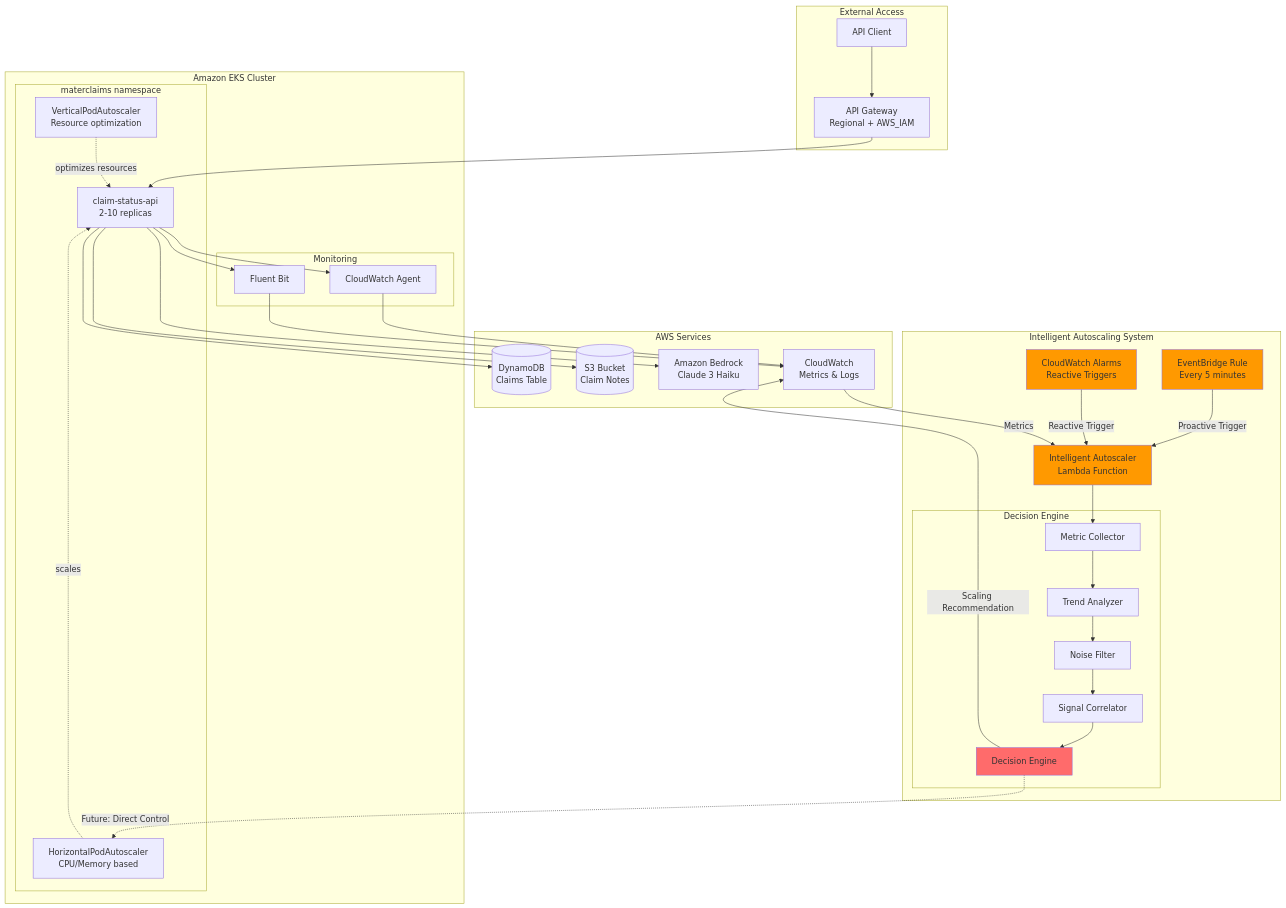
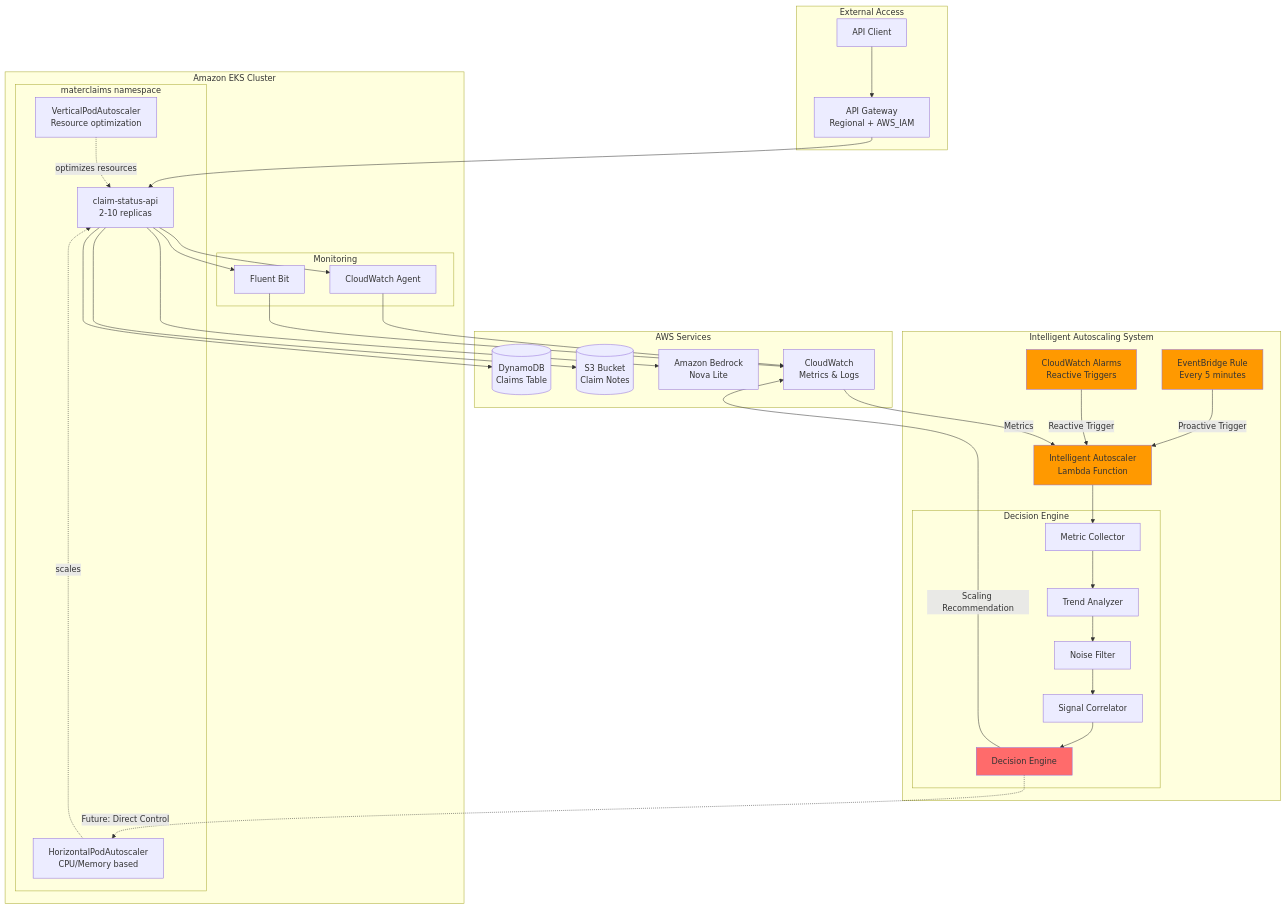
The diagram in docs/architecture/extended.md (matei-tm/introspect2B), drawn with Mermaid before and after one commit. The commit also changed other lines of this file and 7 other files, not shown here.

First line of the commit message:
docs: migrate from Claude 3 Haiku to Amazon Nova Lite as default Bedrock model

````diff
--- a/docs/architecture/extended.md
+++ b/docs/architecture/extended.md
@@ -10,78 +10,78 @@
 ```mermaid
 graph TB
     subgraph "External Access"
         Client[API Client]
         APIGW[API Gateway<br/>Regional + AWS_IAM]
     end
     
     subgraph "Amazon EKS Cluster"
         subgraph "materclaims namespace"
             API[claim-status-api<br/>2-10 replicas]
             HPA[HorizontalPodAutoscaler<br/>CPU/Memory based]
             VPA[VerticalPodAutoscaler<br/>Resource optimization]
         end
         
         subgraph "Monitoring"
             CWAgent[CloudWatch Agent]
             FluentBit[Fluent Bit]
         end
     end
     
     subgraph "Intelligent Autoscaling System"
         Lambda[Intelligent Autoscaler<br/>Lambda Function]
         EventBridge[EventBridge Rule<br/>Every 5 minutes]
         Alarms[CloudWatch Alarms<br/>Reactive Triggers]
         
         subgraph "Decision Engine"
             Collector[Metric Collector]
             TrendAnalyzer[Trend Analyzer]
             NoiseFilter[Noise Filter]
             Correlator[Signal Correlator]
             DecisionMaker[Decision Engine]
         end
     end
     
     subgraph "AWS Services"
         DDB[(DynamoDB<br/>Claims Table)]
         S3[(S3 Bucket<br/>Claim Notes)]
-        Bedrock[Amazon Bedrock<br/>Claude 3 Haiku]
+        Bedrock[Amazon Bedrock<br/>Nova Lite]
         CW[CloudWatch<br/>Metrics & Logs]
     end
     
     %% External flow
     Client --> APIGW
     APIGW --> API
     
     %% Application flow
     API --> DDB
     API --> S3
     API --> Bedrock
     
     %% Monitoring flow
     API --> CWAgent
     API --> FluentBit
     CWAgent --> CW
     FluentBit --> CW
     
     %% Traditional autoscaling
     HPA -.->|scales| API
     VPA -.->|optimizes resources| API
     
     %% Intelligent autoscaling flow
     EventBridge -->|Proactive Trigger| Lambda
     Alarms -->|Reactive Trigger| Lambda
     CW -->|Metrics| Lambda
     
     Lambda --> Collector
     Collector --> TrendAnalyzer
     TrendAnalyzer --> NoiseFilter
     NoiseFilter --> Correlator
     Correlator --> DecisionMaker
     DecisionMaker -->|Scaling Recommendation| CW
     DecisionMaker -.->|Future: Direct Control| HPA
     
     style Lambda fill:#ff9900
     style EventBridge fill:#ff9900
     style Alarms fill:#ff9900
     style DecisionMaker fill:#ff6b6b
 ```
````
